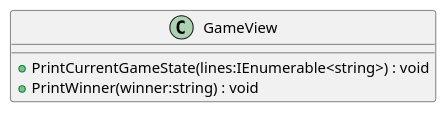
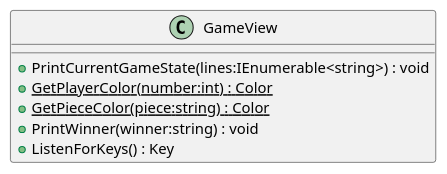
One commit to Evert-Arends/barricadegameModel3 changed the diagram in Barricade/Views/GameView.puml. Above: the diagram before and after it, drawn with PlantUML. The commit also changed 21 other files, not shown here.

```diff
--- a/Barricade/Views/GameView.puml
+++ b/Barricade/Views/GameView.puml
@@ -1,6 +1,9 @@
 @startuml
 class GameView {
     + PrintCurrentGameState(lines:IEnumerable<string>) : void
+    + {static} GetPlayerColor(number:int) : Color
+    + {static} GetPieceColor(piece:string) : Color
     + PrintWinner(winner:string) : void
+    + ListenForKeys() : Key
 }
 @enduml
```
